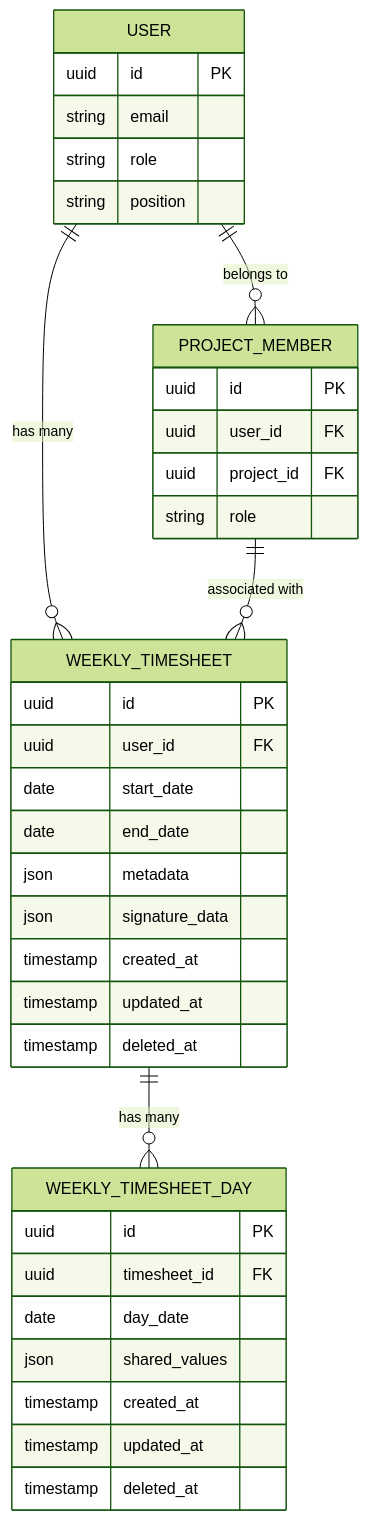
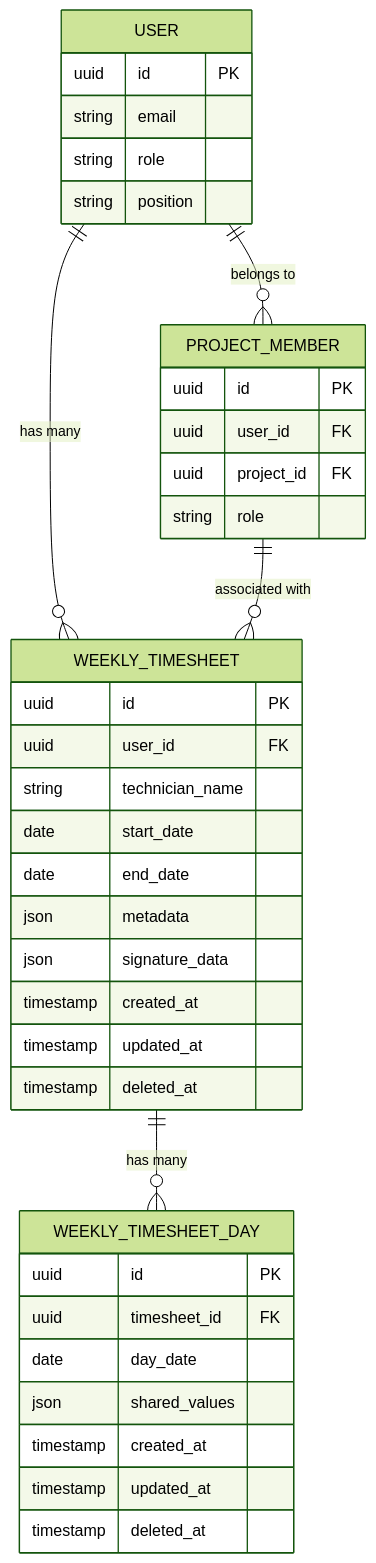
One commit to RobertRuas/windlog changed the sixth of 12 diagrams in .qoder/repowiki/en/content/Arquitetura Backend/Módulos do Sistema/Timesheet Semanal - Módulo Backend.md. Above: the diagram before and after it, drawn with Mermaid (forest theme). The commit also changed other lines of this file and 45 other files, not shown here.

````diff
--- a/.qoder/repowiki/en/content/Arquitetura Backend/Módulos do Sistema/Timesheet Semanal - Módulo Backend.md
+++ b/.qoder/repowiki/en/content/Arquitetura Backend/Módulos do Sistema/Timesheet Semanal - Módulo Backend.md
@@ -402,39 +429,40 @@
 ```mermaid
 erDiagram
 WEEKLY_TIMESHEET {
 uuid id PK
 uuid user_id FK
+string technician_name
 date start_date
 date end_date
 json metadata
 json signature_data
 timestamp created_at
 timestamp updated_at
 timestamp deleted_at
 }
 WEEKLY_TIMESHEET_DAY {
 uuid id PK
 uuid timesheet_id FK
 date day_date
 json shared_values
 timestamp created_at
 timestamp updated_at
 timestamp deleted_at
 }
 USER {
 uuid id PK
 string email
 string role
 string position
 }
 PROJECT_MEMBER {
 uuid id PK
 uuid user_id FK
 uuid project_id FK
 string role
 }
 WEEKLY_TIMESHEET ||--o{ WEEKLY_TIMESHEET_DAY : "has many"
 USER ||--o{ WEEKLY_TIMESHEET : "has many"
 USER ||--o{ PROJECT_MEMBER : "belongs to"
 PROJECT_MEMBER ||--o{ WEEKLY_TIMESHEET : "associated with"
 ```
````
